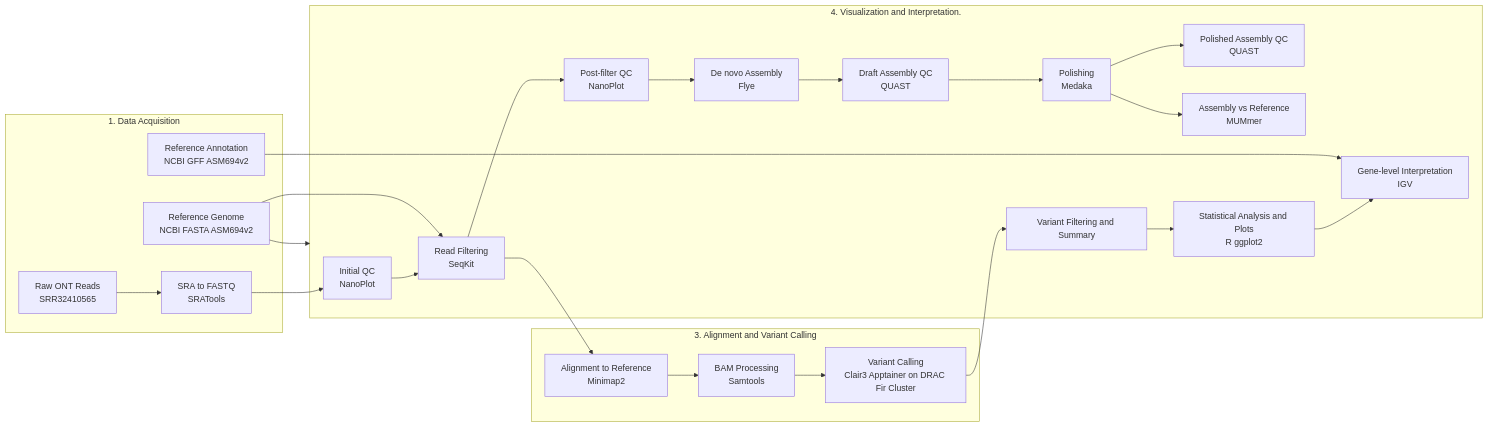
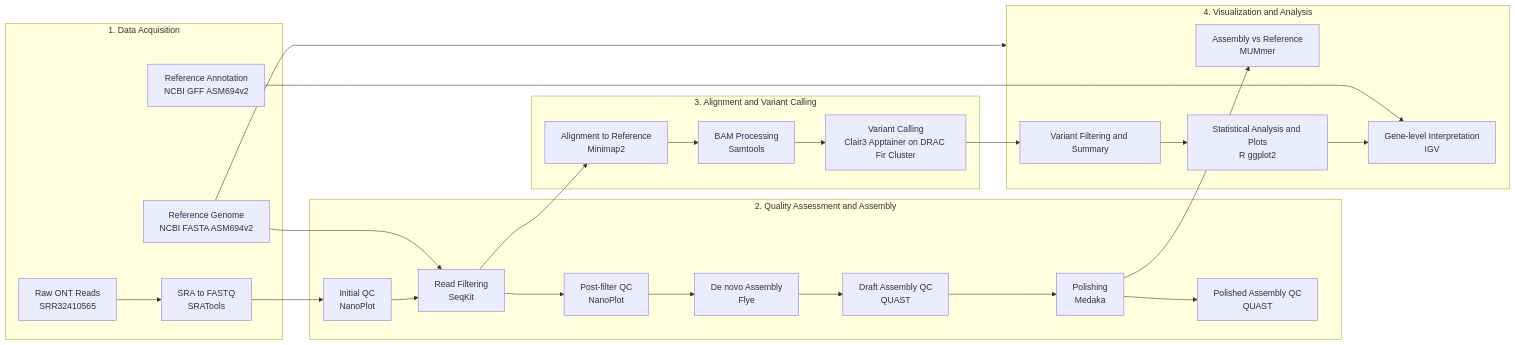
The diagram in README.md (farah-y-sadoon/salmonella-nanopore-genome-assembly), drawn with Mermaid before and after one commit.

Commit message:
Update mermaid diagram

````diff
--- a/README.md
+++ b/README.md
@@ -22,38 +22,39 @@
 ```mermaid
 flowchart LR
   A[Raw ONT Reads<br/>SRR32410565]
 
   subgraph H1[1. Data Acquisition]
     A --> B[SRA to FASTQ<br/>SRATools]
     C[Reference Genome<br/>NCBI FASTA ASM694v2]
     D[Reference Annotation<br/>NCBI GFF ASM694v2]
   end
 
-  subgraph H4[4. Visualization and Interpretation<br\>.]
+  subgraph H2[2. Quality Assessment and Assembly]
     B --> E[Initial QC<br/>NanoPlot]
     E --> F[Read Filtering<br/>SeqKit]
     F --> G[Post-filter QC<br/>NanoPlot]
     G --> H[De novo Assembly<br/>Flye]
     H --> I[Draft Assembly QC<br/>QUAST]
     I --> J[Polishing<br/>Medaka]
     J --> K[Polished Assembly QC<br/>QUAST]
   end
 
   subgraph H3[3. Alignment and Variant Calling]
     F --> L[Alignment to Reference<br/>Minimap2]
     L --> M[BAM Processing<br/>Samtools]
     M --> N[Variant Calling<br/>Clair3 Apptainer on DRAC Fir Cluster]
   end
 
-  subgraph H4[4. Visualization and Analysis <br/>.]
+  subgraph H4[4. Visualization and Analysis]
     J --> O[Assembly vs Reference<br/>MUMmer]
     N --> P[Variant Filtering and Summary]
     P --> Q[Statistical Analysis and Plots<br/>R ggplot2]
     Q --> R[Gene-level Interpretation<br/>IGV]
   end
 
   %% New independent connections
   C --> F
   C --> H4
   D --> R
+
 ```
````
